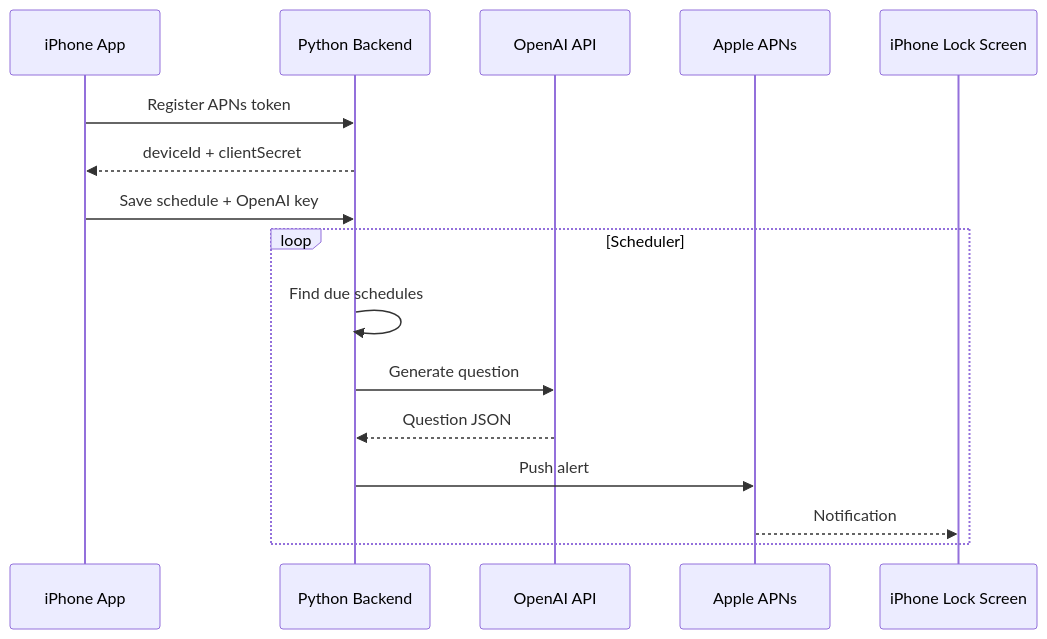
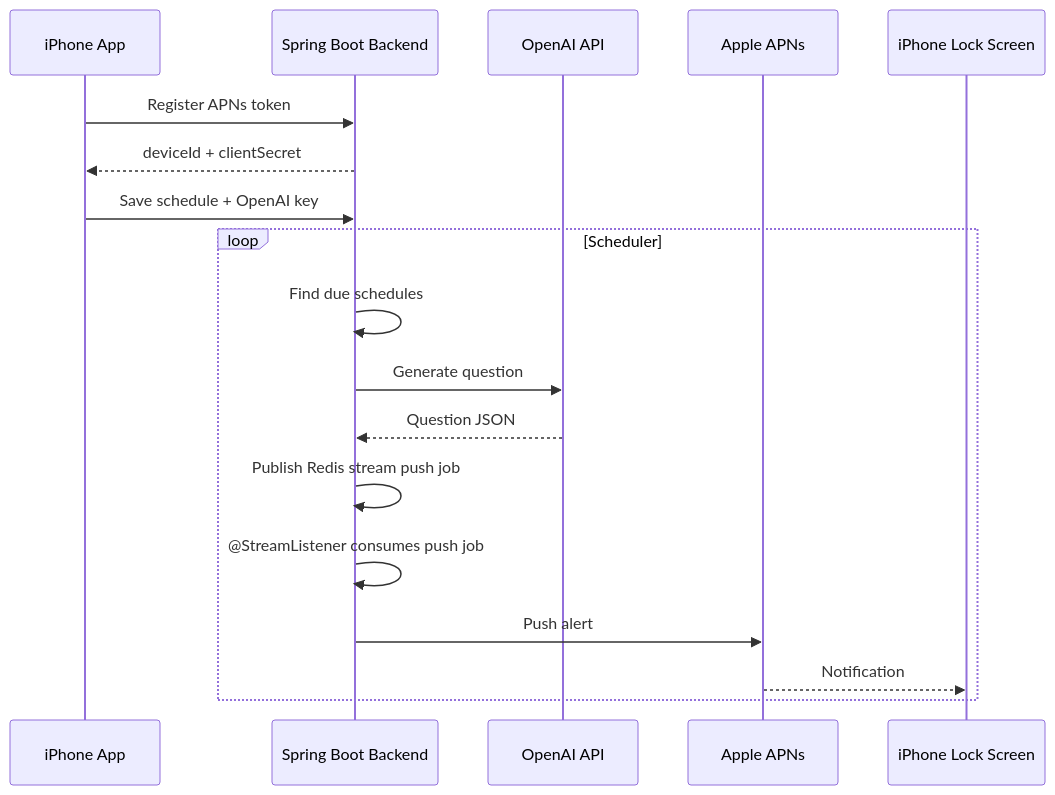
One commit to ghkdqhrbals/buddy-studdy changed the diagram in docs/BACKEND_APNS_DEPLOYMENT.md. Above: the diagram before and after it, drawn with Mermaid. The commit also changed other lines of this file and 72 other files, not shown here.

Commit message:
Replace backend with Spring Boot Kotlin

````diff
--- a/docs/BACKEND_APNS_DEPLOYMENT.md
+++ b/docs/BACKEND_APNS_DEPLOYMENT.md
@@ -9,19 +9,21 @@
 ```mermaid
 sequenceDiagram
     participant App as iPhone App
-    participant API as Python Backend
+    participant API as Spring Boot Backend
     participant OpenAI as OpenAI API
     participant APNs as Apple APNs
     participant Phone as iPhone Lock Screen
 
     App->>API: Register APNs token
     API-->>App: deviceId + clientSecret
     App->>API: Save schedule + OpenAI key
     loop Scheduler
         API->>API: Find due schedules
         API->>OpenAI: Generate question
         OpenAI-->>API: Question JSON
+        API->>API: Publish Redis stream push job
+        API->>API: @StreamListener consumes push job
         API->>APNs: Push alert
         APNs-->>Phone: Notification
     end
 ```
````
